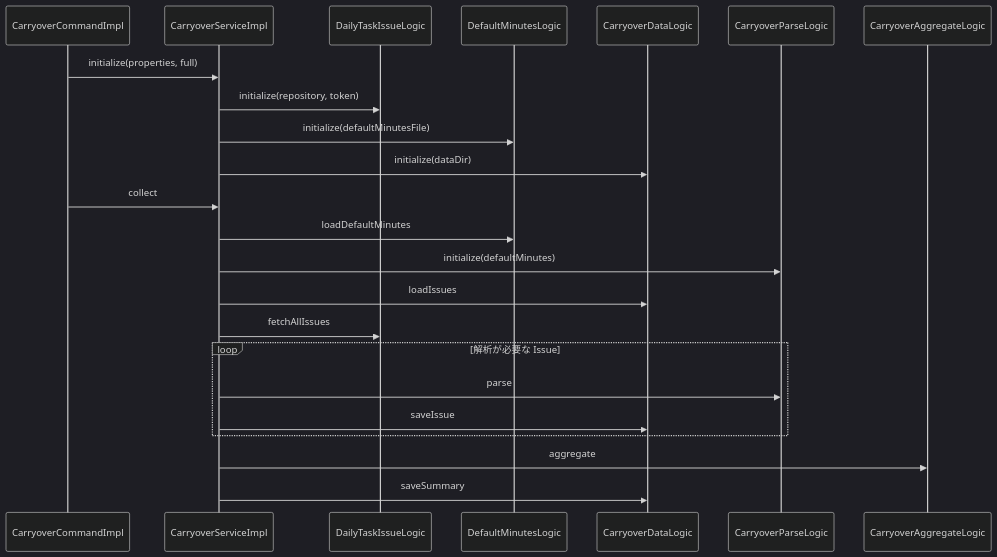
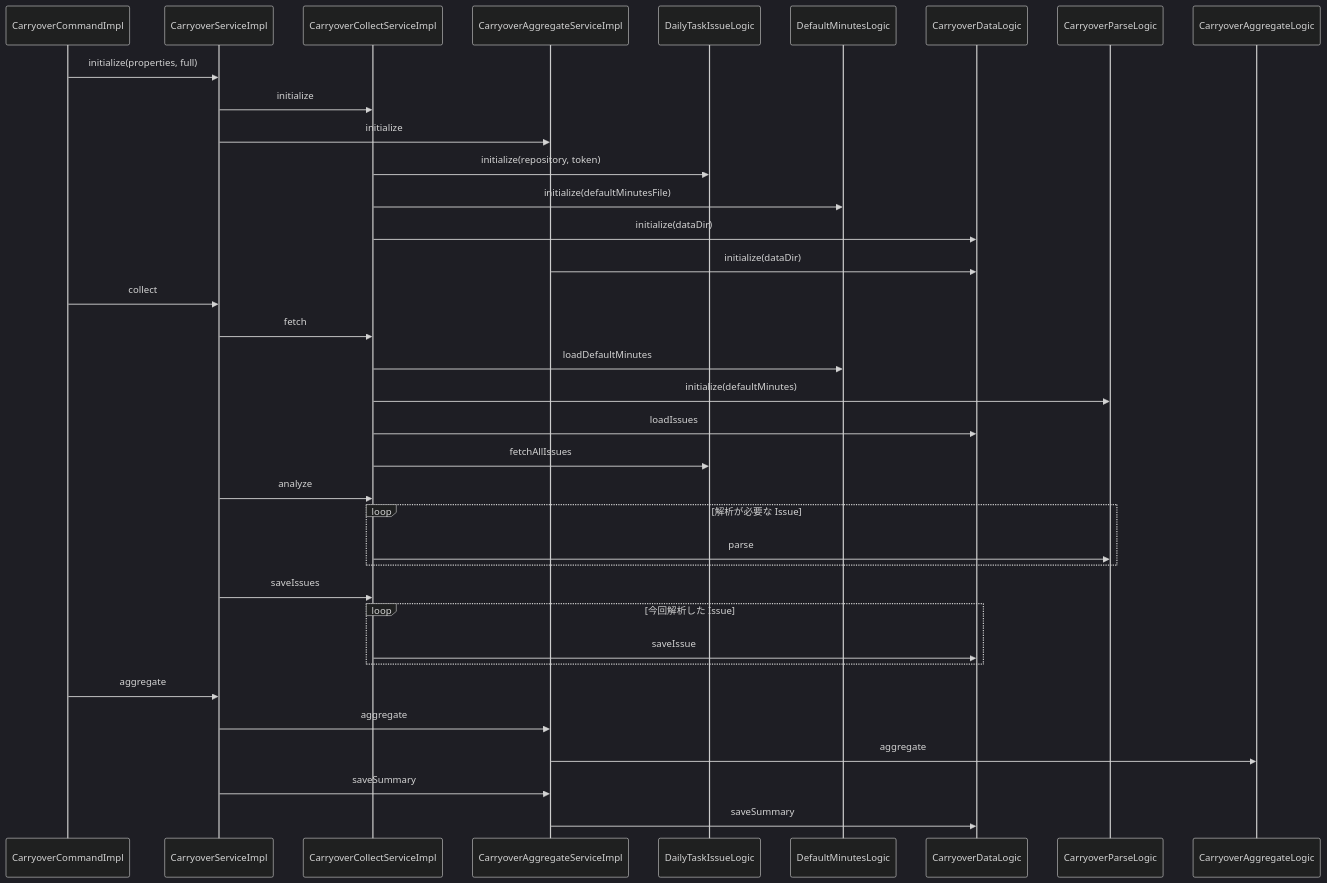
The diagram in docs/design/backend/03-processing.md (KenichiroArai/kb002_daily-tasks_doc), drawn with Mermaid (dark theme) before and after one commit. The commit also changed other lines of this file and 4 other files, not shown here.

````diff
--- a/docs/design/backend/03-processing.md
+++ b/docs/design/backend/03-processing.md
@@ -21,26 +23,39 @@
 ```mermaid
 sequenceDiagram
   participant Command as CarryoverCommandImpl
   participant Service as CarryoverServiceImpl
+  participant Collect as CarryoverCollectServiceImpl
+  participant Aggregate as CarryoverAggregateServiceImpl
   participant Issue as DailyTaskIssueLogic
   participant Minutes as DefaultMinutesLogic
   participant Data as CarryoverDataLogic
   participant Parse as CarryoverParseLogic
-  participant Aggregate as CarryoverAggregateLogic
+  participant AggregateLogic as CarryoverAggregateLogic
 
   Command->>Service: initialize(properties, full)
-  Service->>Issue: initialize(repository, token)
-  Service->>Minutes: initialize(defaultMinutesFile)
-  Service->>Data: initialize(dataDir)
+  Service->>Collect: initialize
+  Service->>Aggregate: initialize
+  Collect->>Issue: initialize(repository, token)
+  Collect->>Minutes: initialize(defaultMinutesFile)
+  Collect->>Data: initialize(dataDir)
+  Aggregate->>Data: initialize(dataDir)
   Command->>Service: collect
-  Service->>Minutes: loadDefaultMinutes
-  Service->>Parse: initialize(defaultMinutes)
-  Service->>Data: loadIssues
-  Service->>Issue: fetchAllIssues
+  Service->>Collect: fetch
+  Collect->>Minutes: loadDefaultMinutes
+  Collect->>Parse: initialize(defaultMinutes)
+  Collect->>Data: loadIssues
+  Collect->>Issue: fetchAllIssues
+  Service->>Collect: analyze
   loop 解析が必要な Issue
-    Service->>Parse: parse
-    Service->>Data: saveIssue
+    Collect->>Parse: parse
   end
+  Service->>Collect: saveIssues
+  loop 今回解析した Issue
+    Collect->>Data: saveIssue
+  end
+  Command->>Service: aggregate
   Service->>Aggregate: aggregate
-  Service->>Data: saveSummary
+  Aggregate->>AggregateLogic: aggregate
+  Service->>Aggregate: saveSummary
+  Aggregate->>Data: saveSummary
 ```
````
